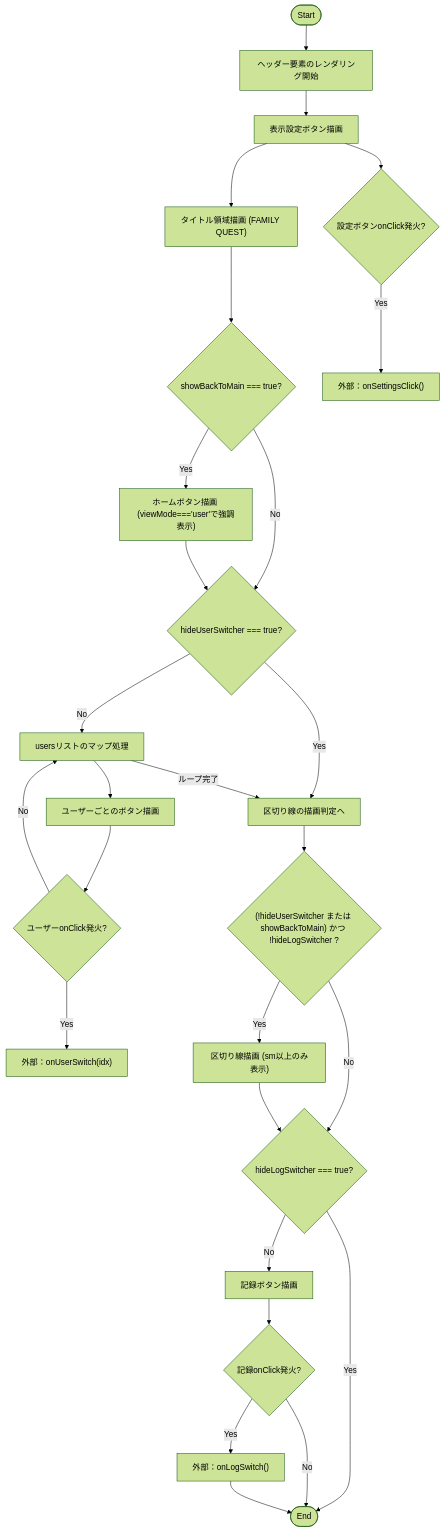
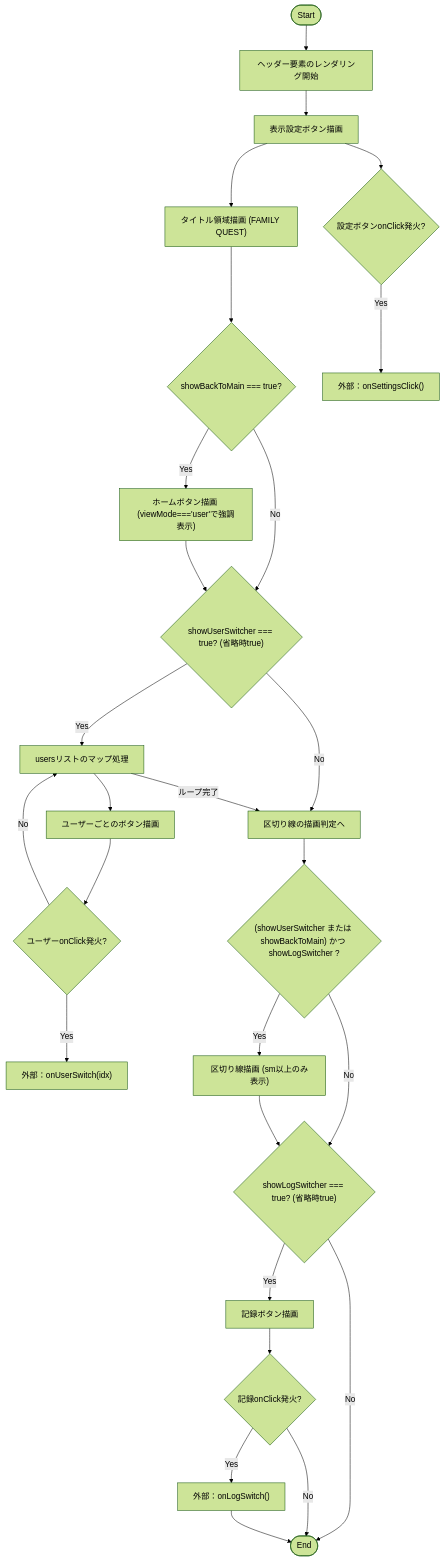
The first of 2 diagrams in docs/specifications/family-quest/src/components/layout/Header.md (mmtigers/my_python_project), drawn with Mermaid (forest theme) before and after one commit. The commit also changed other lines of this file and 87 other files, not shown here.

````diff
--- a/docs/specifications/family-quest/src/components/layout/Header.md
+++ b/docs/specifications/family-quest/src/components/layout/Header.md
@@ -89,36 +92,36 @@
 ```mermaid
 flowchart TD
     Start([Start]) --> RenderHeader["ヘッダー要素のレンダリング開始"]
     RenderHeader --> RenderSettingsBtn["表示設定ボタン描画"]
     RenderSettingsBtn --> RenderTitle["タイトル領域描画 (FAMILY QUEST)"]
 
     RenderTitle --> CheckBackToMain{"showBackToMain === true?"}
     CheckBackToMain -- Yes --> RenderHomeBtn["ホームボタン描画 (viewMode==='user'で強調表示)"]
-    CheckBackToMain -- No --> CheckHideUser
-    RenderHomeBtn --> CheckHideUser{"hideUserSwitcher === true?"}
+    CheckBackToMain -- No --> CheckShowUser
+    RenderHomeBtn --> CheckShowUser{"showUserSwitcher === true? (省略時true)"}
 
-    CheckHideUser -- Yes --> CheckDivider["区切り線の描画判定へ"]
-    CheckHideUser -- No --> LoopUsers["usersリストのマップ処理"]
+    CheckShowUser -- No --> CheckDivider["区切り線の描画判定へ"]
+    CheckShowUser -- Yes --> LoopUsers["usersリストのマップ処理"]
 
     LoopUsers --> RenderUserBtn["ユーザーごとのボタン描画"]
     RenderUserBtn --> UserClick{"ユーザーonClick発火?"}
     UserClick -- Yes --> UserSwitch["外部：onUserSwitch(idx)"]
     UserClick -- No --> LoopUsers
 
     LoopUsers -- ループ完了 --> CheckDivider
-    CheckDivider --> DividerCond{"(!hideUserSwitcher または showBackToMain) かつ !hideLogSwitcher ?"}
+    CheckDivider --> DividerCond{"(showUserSwitcher または showBackToMain) かつ showLogSwitcher ?"}
     DividerCond -- Yes --> RenderDivider["区切り線描画 (sm以上のみ表示)"]
-    DividerCond -- No --> CheckHideLog
-    RenderDivider --> CheckHideLog{"hideLogSwitcher === true?"}
+    DividerCond -- No --> CheckShowLog
+    RenderDivider --> CheckShowLog{"showLogSwitcher === true? (省略時true)"}
 
-    CheckHideLog -- Yes --> End([End])
-    CheckHideLog -- No --> RenderLogBtn["記録ボタン描画"]
+    CheckShowLog -- No --> End([End])
+    CheckShowLog -- Yes --> RenderLogBtn["記録ボタン描画"]
 
     RenderLogBtn --> LogClick{"記録onClick発火?"}
     LogClick -- Yes --> LogSwitch["外部：onLogSwitch()"]
     LogClick -- No --> End
     LogSwitch --> End
 
     RenderSettingsBtn --> SettingsClick{"設定ボタンonClick発火?"}
     SettingsClick -- Yes --> SettingsSwitch["外部：onSettingsClick()"]
 ```
````
